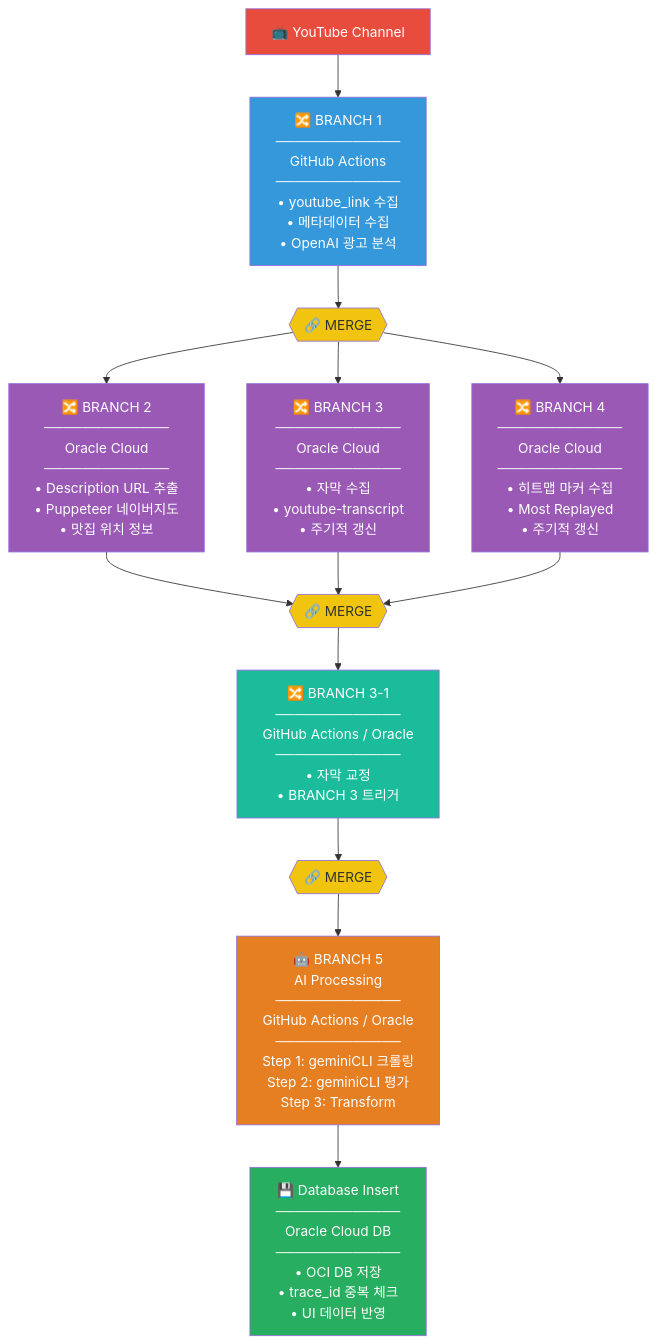
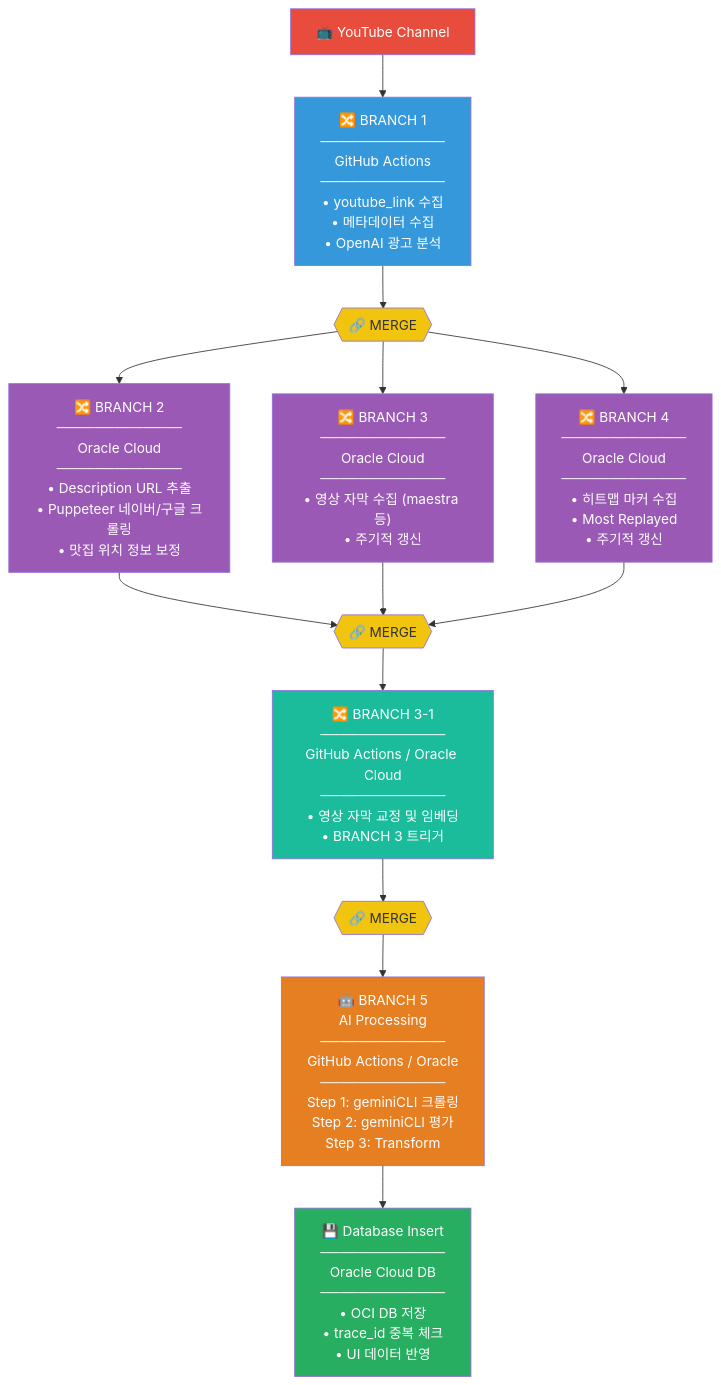
Before and after one commit to twoimo/tzudong: the diagram in backend/tzudong_pipeline_v2.0/README.md, drawn with Mermaid.

Commit message:
UPDATE: Enhance branch descriptions in README.md for improved clarity and detail in the pipeline flow diagram.

````diff
--- a/backend/tzudong_pipeline_v2.0/README.md
+++ b/backend/tzudong_pipeline_v2.0/README.md
@@ -108,45 +108,45 @@
 ```mermaid
 flowchart TD
     YT["📺 YouTube Channel"]
     
     B1["🔀 BRANCH 1<br/>─────────────<br/>GitHub Actions<br/>─────────────<br/>• youtube_link 수집<br/>• 메타데이터 수집<br/>• OpenAI 광고 분석"]
     
     M1{{"🔗 MERGE"}}
     
-    B2["🔀 BRANCH 2<br/>─────────────<br/>Oracle Cloud<br/>─────────────<br/>• Description URL 추출<br/>• Puppeteer 네이버지도<br/>• 맛집 위치 정보"]
+    B2["🔀 BRANCH 2<br/>─────────────<br/>Oracle Cloud<br/>─────────────<br/>• Description URL 추출<br/>• Puppeteer 네이버/구글 크롤링<br/>• 맛집 위치 정보 보정"]
     
-    B3["🔀 BRANCH 3<br/>─────────────<br/>Oracle Cloud<br/>─────────────<br/>• 자막 수집<br/>• youtube-transcript<br/>• 주기적 갱신"]
+    B3["🔀 BRANCH 3<br/>─────────────<br/>Oracle Cloud<br/>─────────────<br/>• 영상 자막 수집 (maestra 등)<br/>• 주기적 갱신"]
     
     B4["🔀 BRANCH 4<br/>─────────────<br/>Oracle Cloud<br/>─────────────<br/>• 히트맵 마커 수집<br/>• Most Replayed<br/>• 주기적 갱신"]
     
     M2{{"🔗 MERGE"}}
     
-    B3_1["🔀 BRANCH 3-1<br/>─────────────<br/>GitHub Actions / Oracle<br/>─────────────<br/>• 자막 교정<br/>• BRANCH 3 트리거"]
+    B3_1["🔀 BRANCH 3-1<br/>─────────────<br/>GitHub Actions / Oracle Cloud<br/>─────────────<br/>• 영상 자막 교정 및 임베딩<br/>• BRANCH 3 트리거"]
     
     M3{{"🔗 MERGE"}}
     
     B5["🤖 BRANCH 5<br/>AI Processing<br/>─────────────<br/>GitHub Actions / Oracle<br/>─────────────<br/>Step 1: geminiCLI 크롤링<br/>Step 2: geminiCLI 평가<br/>Step 3: Transform"]
     
     DB["💾 Database Insert<br/>─────────────<br/>Oracle Cloud DB<br/>─────────────<br/>• OCI DB 저장<br/>• trace_id 중복 체크<br/>• UI 데이터 반영"]
 
     YT --> B1
     B1 --> M1
     M1 --> B2 & B3 & B4
     B2 & B3 & B4 --> M2
     M2 --> B3_1
     B3_1 --> M3
     M3 --> B5
     B5 --> DB
 
     style YT fill:#e74c3c,color:#fff
     style B1 fill:#3498db,color:#fff
     style B2 fill:#9b59b6,color:#fff
     style B3 fill:#9b59b6,color:#fff
     style B4 fill:#9b59b6,color:#fff
     style B3_1 fill:#1abc9c,color:#fff
     style B5 fill:#e67e22,color:#fff
     style DB fill:#27ae60,color:#fff
     style M1 fill:#f1c40f,color:#333
     style M2 fill:#f1c40f,color:#333
     style M3 fill:#f1c40f,color:#333
 ```
````
